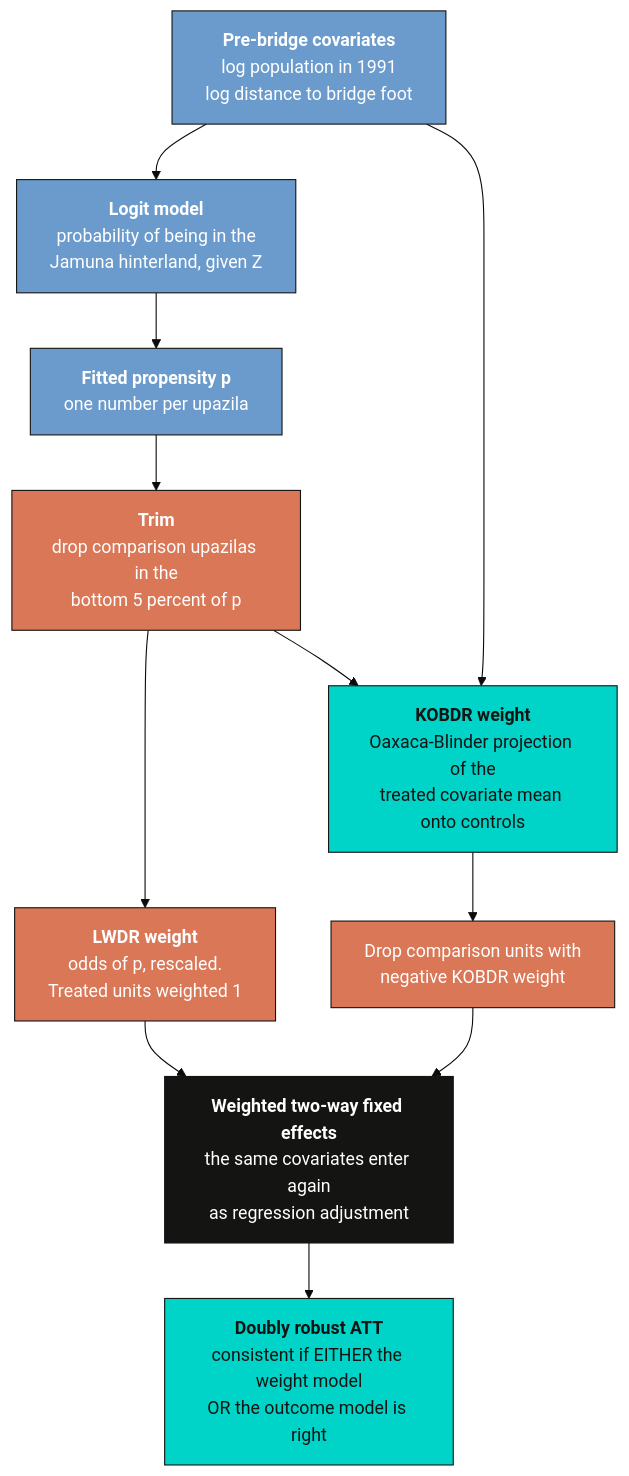
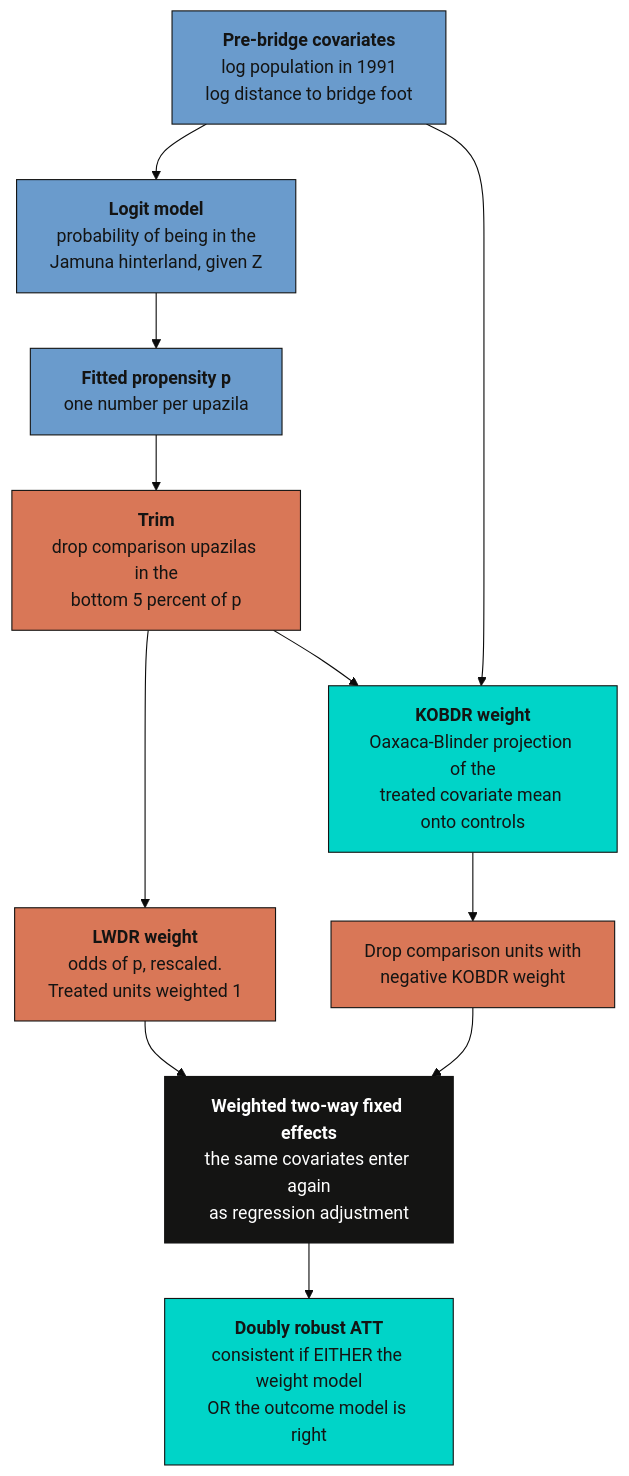
The fourth of 5 diagrams in content/post/python_bridge_impact/index.md (cmg777/starter-academic-v501), drawn with Mermaid (base theme) before and after one commit. The commit also changed other lines of this file and 67 other files, not shown here.

First line of the commit message:
fix(mermaid): readable diagram text in both themes across the site

````diff
--- a/content/post/python_bridge_impact/index.md
+++ b/content/post/python_bridge_impact/index.md
@@ -1017,23 +1019,23 @@
 ```mermaid
 graph TD
     Z["<b>Pre-bridge covariates</b><br/>log population in 1991<br/>log distance to bridge foot"] --> L["<b>Logit model</b><br/>probability of being in the<br/>Jamuna hinterland, given Z"]
     L --> P["<b>Fitted propensity p</b><br/>one number per upazila"]
     P --> TR["<b>Trim</b><br/>drop comparison upazilas in the<br/>bottom 5 percent of p"]
     TR --> W1["<b>LWDR weight</b><br/>odds of p, rescaled.<br/>Treated units weighted 1"]
     Z --> W2["<b>KOBDR weight</b><br/>Oaxaca-Blinder projection of the<br/>treated covariate mean onto controls"]
     TR --> W2
     W2 --> NEG["Drop comparison units with<br/>negative KOBDR weight"]
     W1 --> REG["<b>Weighted two-way fixed effects</b><br/>the same covariates enter again<br/>as regression adjustment"]
     NEG --> REG
     REG --> DR["<b>Doubly robust ATT</b><br/>consistent if EITHER the weight model<br/>OR the outcome model is right"]
 
-    style Z fill:#6a9bcc,stroke:#141413,color:#fff
-    style L fill:#6a9bcc,stroke:#141413,color:#fff
-    style P fill:#6a9bcc,stroke:#141413,color:#fff
-    style TR fill:#d97757,stroke:#141413,color:#fff
-    style W1 fill:#d97757,stroke:#141413,color:#fff
-    style NEG fill:#d97757,stroke:#141413,color:#fff
+    style Z fill:#6a9bcc,stroke:#141413,color:#141413
+    style L fill:#6a9bcc,stroke:#141413,color:#141413
+    style P fill:#6a9bcc,stroke:#141413,color:#141413
+    style TR fill:#d97757,stroke:#141413,color:#141413
+    style W1 fill:#d97757,stroke:#141413,color:#141413
+    style NEG fill:#d97757,stroke:#141413,color:#141413
     style W2 fill:#00d4c8,stroke:#141413,color:#141413
     style REG fill:#141413,stroke:#141413,color:#fff
     style DR fill:#00d4c8,stroke:#141413,color:#141413
 ```
````
